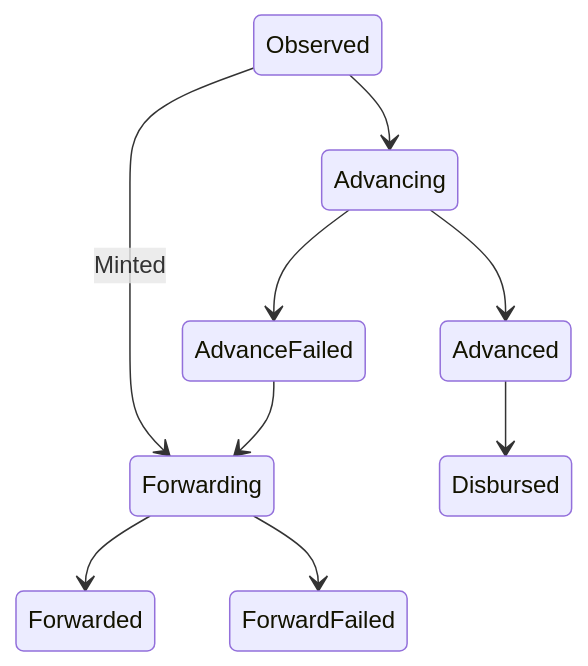
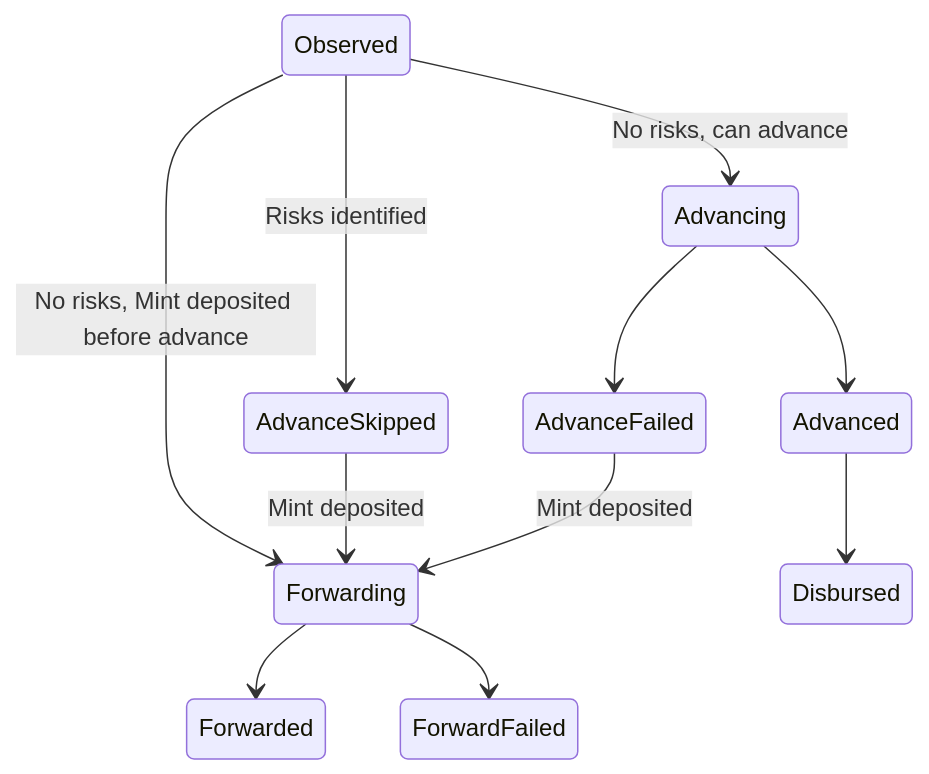
Before and after one commit to Agoric/agoric-sdk: the fourth of 4 diagrams in packages/fast-usdc/README.md, drawn with Mermaid. The commit also changed 19 other files, not shown here.

````diff
--- a/packages/fast-usdc/README.md
+++ b/packages/fast-usdc/README.md
@@ -89,11 +89,13 @@
 ```mermaid
 stateDiagram-v2
-  Observed --> Advancing
-  Observed --> Forwarding:Minted
+  Observed --> AdvanceSkipped : Risks identified
+  Observed --> Advancing : No risks, can advance
+  Observed --> Forwarding : No risks, Mint deposited before advance
   Forwarding --> Forwarded
   Advancing --> Advanced
   Advanced --> Disbursed
-  AdvanceFailed --> Forwarding
+  AdvanceSkipped --> Forwarding : Mint deposited
+  AdvanceFailed --> Forwarding : Mint deposited
   Advancing --> AdvanceFailed
   Forwarding --> ForwardFailed
 ```
````
